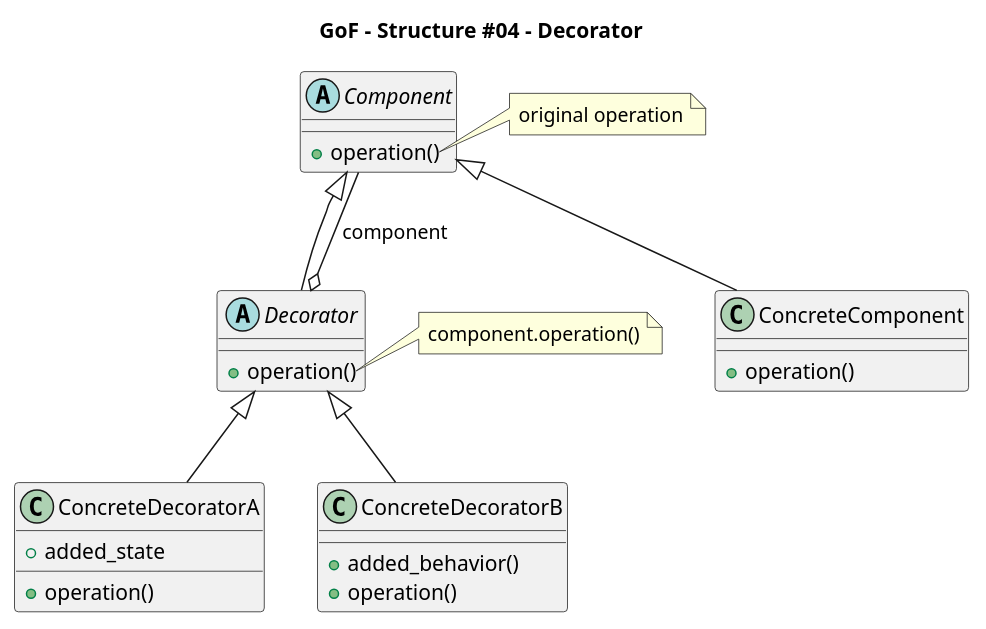
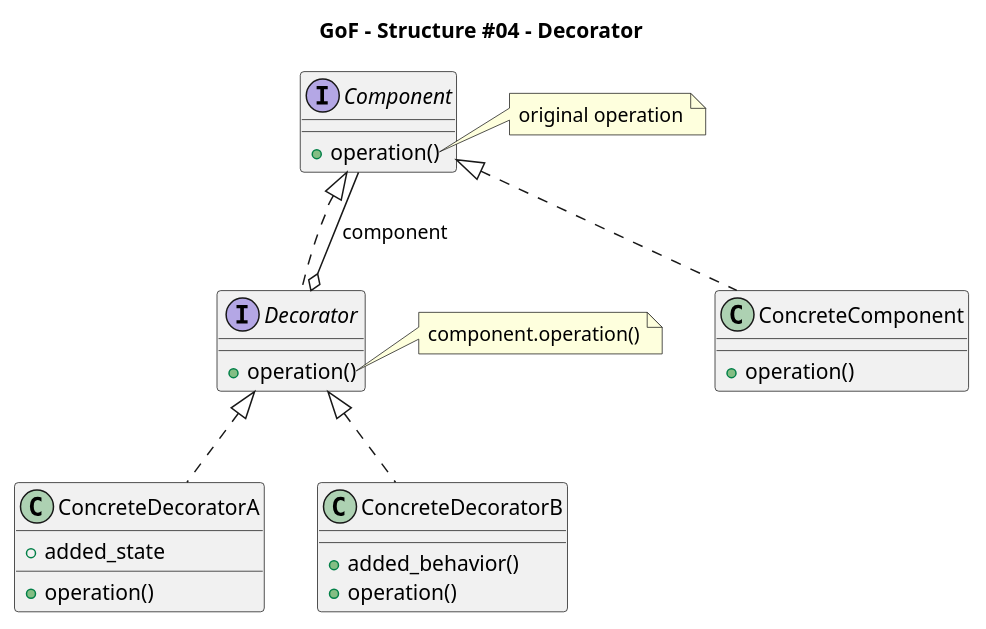
Before and after one commit to Takayoshi-Matsuyama/design_patterns: the diagram in GoF/GoF_st04_decorator.puml, drawn with PlantUML. The commit also changed 12 other files, not shown here.

Commit message:
GoF - abstract class --> interface

```diff
--- a/GoF/GoF_st04_decorator.puml
+++ b/GoF/GoF_st04_decorator.puml
@@ -1,43 +1,43 @@
 @startuml gof_decorator
 
 title GoF - Structure #04 - Decorator
-
-abstract class Component {
+    
+interface Component {
     +operation()
 }
 
 note right of Component::operation
     original operation
 end note
 
 class ConcreteComponent {
     +operation()
 }
 
-Component <|-- ConcreteComponent
+Component <|.. ConcreteComponent
 
-abstract class Decorator {
+interface Decorator {
     +operation()
 }
 
 note right of Decorator::operation
     component.operation()
 end note
 
-Component <|-- Decorator
+Component <|.. Decorator
 Decorator o-- Component : component
 
 class ConcreteDecoratorA {
     +added_state
     +operation()
 }
 
 class ConcreteDecoratorB {
     +added_behavior()
     +operation()
 }
 
-Decorator <|-- ConcreteDecoratorA
-Decorator <|-- ConcreteDecoratorB
+Decorator <|.. ConcreteDecoratorA
+Decorator <|.. ConcreteDecoratorB
 
 @enduml
```
